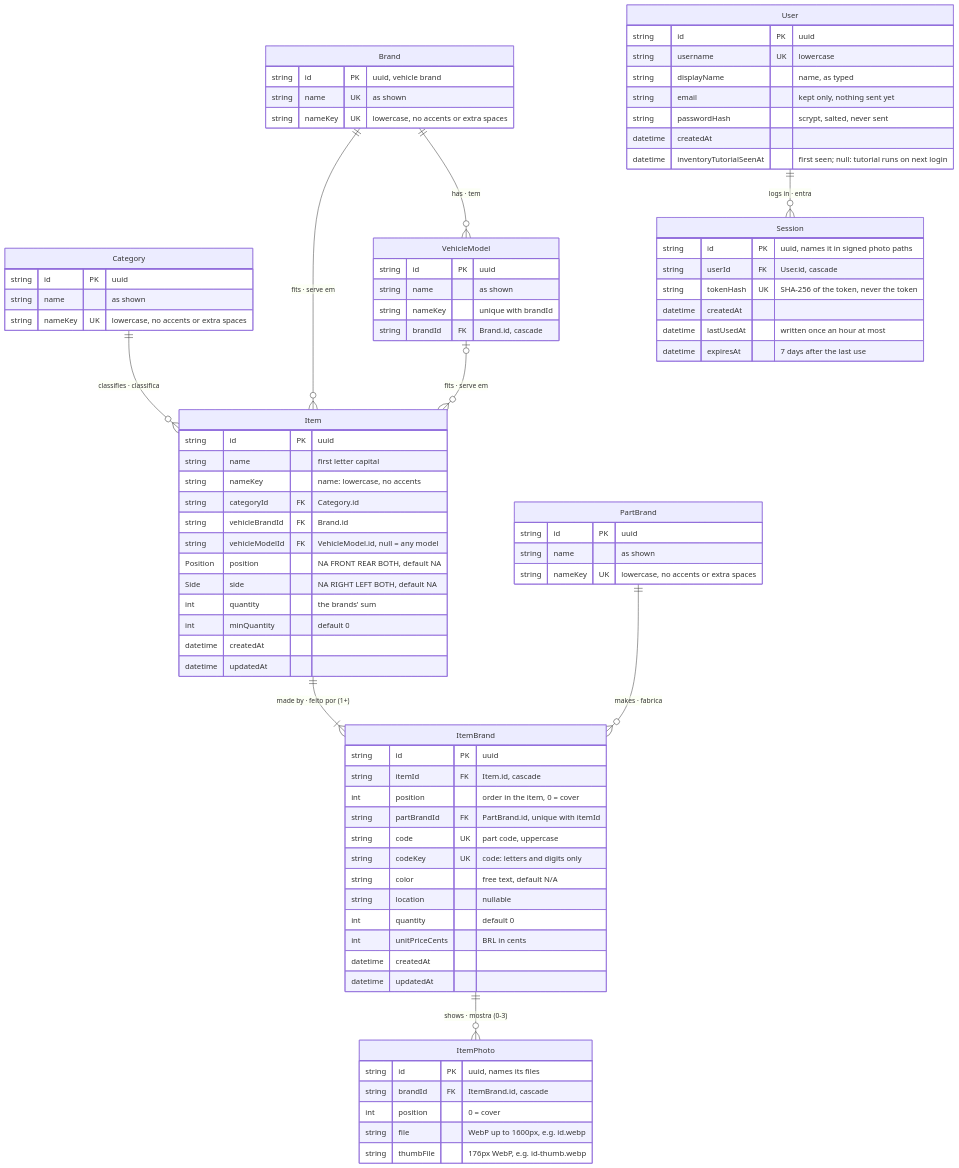
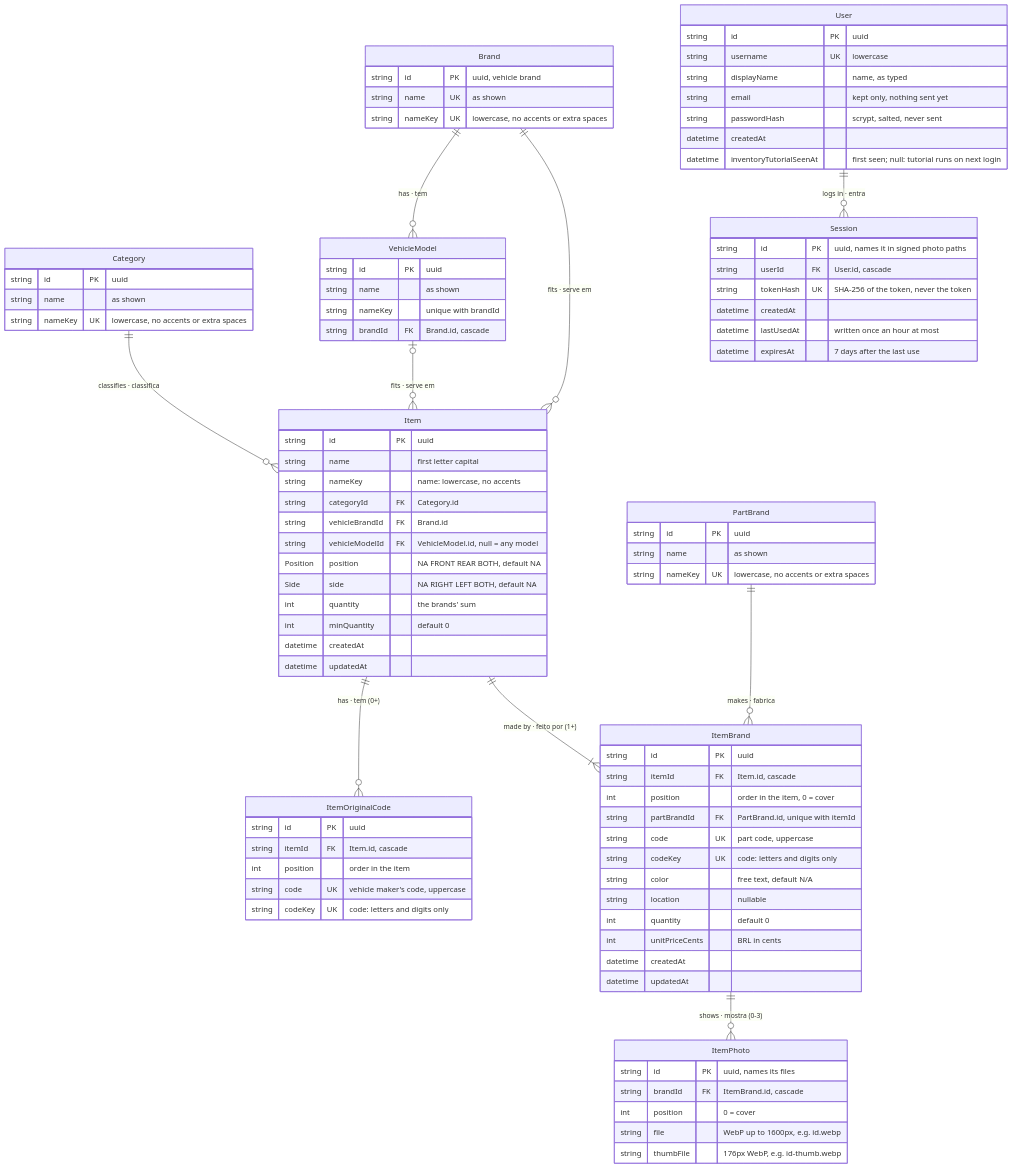
One commit to ChrisCamilo/apc-universal-repair changed the diagram in docs/database.md. Above: the diagram before and after it, drawn with Mermaid. The commit also changed other lines of this file and 1 other file, not shown here.

Commit message:
docs: Describe the items' original codes

```diff
--- a/docs/database.md
+++ b/docs/database.md
@@ -16,6 +16,7 @@
     Brand ||--o{ VehicleModel : "has · tem"
     VehicleModel |o--o{ Item : "fits · serve em"
     Item ||--|{ ItemBrand : "made by · feito por (1+)"
+    Item ||--o{ ItemOriginalCode : "has · tem (0+)"
     ItemBrand ||--o{ ItemPhoto : "shows · mostra (0-3)"
     User ||--o{ Session : "logs in · entra"
 
@@ -46,6 +47,13 @@
         int unitPriceCents "BRL in cents"
         datetime createdAt
         datetime updatedAt
+    }
+    ItemOriginalCode {
+        string id PK "uuid"
+        string itemId FK "Item.id, cascade"
+        int position "order in the item"
+        string code UK "vehicle maker's code, uppercase"
+        string codeKey UK "code: letters and digits only"
     }
     ItemPhoto {
         string id PK "uuid, names its files"
```
